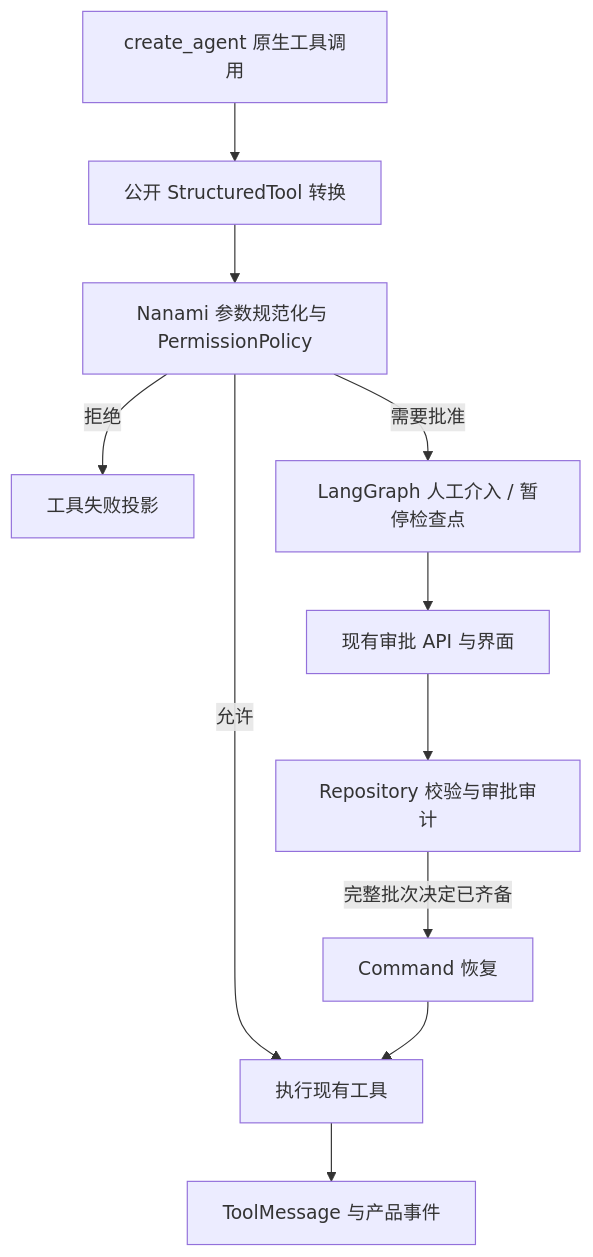
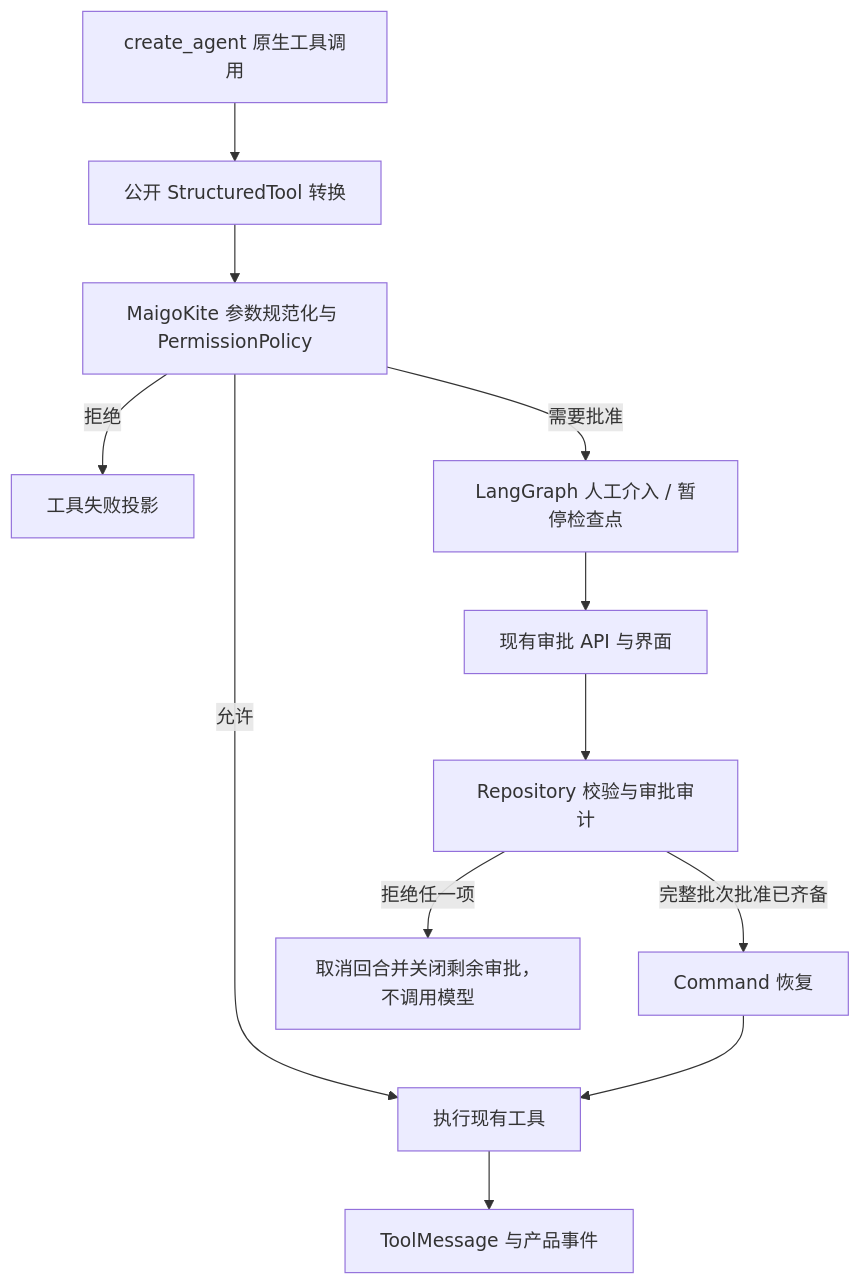
Before and after one commit to Mime-AL/MaigoKite: the diagram in docs/design/AgentRuntime.md, drawn with Mermaid. The commit also changed other lines of this file and 253 other files, not shown here.

````diff
--- a/docs/design/AgentRuntime.md
+++ b/docs/design/AgentRuntime.md
@@ -34,13 +38,14 @@
 ```mermaid
 flowchart TD
     A[create_agent 原生工具调用] --> B[公开 StructuredTool 转换]
-    B --> C[Nanami 参数规范化与 PermissionPolicy]
+    B --> C[MaigoKite 参数规范化与 PermissionPolicy]
     C -->|拒绝| D[工具失败投影]
     C -->|允许| E[执行现有工具]
     C -->|需要批准| F[LangGraph 人工介入 / 暂停检查点]
     F --> G[现有审批 API 与界面]
     G --> H[Repository 校验与审批审计]
-    H -->|完整批次决定已齐备| I[Command 恢复]
+    H -->|完整批次批准已齐备| I[Command 恢复]
+    H -->|拒绝任一项| K[取消回合并关闭剩余审批，不调用模型]
     I --> E
     E --> J[ToolMessage 与产品事件]
 ```
````
